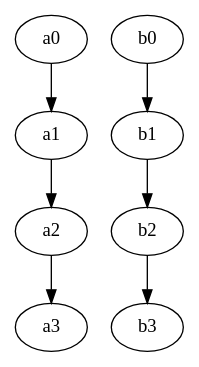
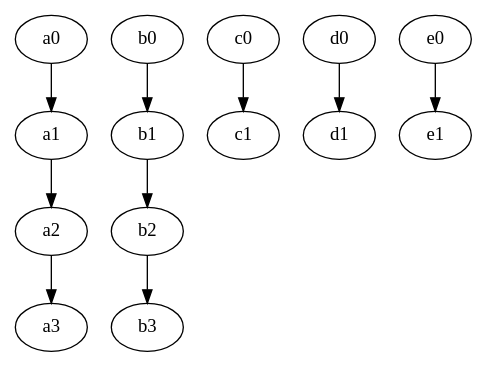
The diagram in github_integration.gv (rickyyean/blog1), drawn with Graphviz before and after one commit.

```diff
--- a/github_integration.gv
+++ b/github_integration.gv
@@ -1,10 +1,33 @@
 digraph {
-  subgraph {
+  subgraph github {
+    label = "Github";
     color=lightgrey;
+    style=filled;
     a0 -> a1 -> a2 -> a3;
   }
-  subgraph {
+  subgraph capta {
+    label = "Capta";
     color=lightgrey;
+    style=filled;
     b0 -> b1 -> b2 -> b3;
   }
+  subgraph capta_webhook {
+    label = "Capta Webhook";
+    color=lightgrey;
+    style=filled;
+    c0 -> c1;
+  }
+  subgraph db {
+    label = "Database";
+    color=lightgrey;
+    style=filled;
+    d0 -> d1;
+  }
+  subgraph s3 {
+    label = "S3";
+    color=lightgrey;
+    style=filled;
+    e0 -> e1;
+  }
+
 }
```
